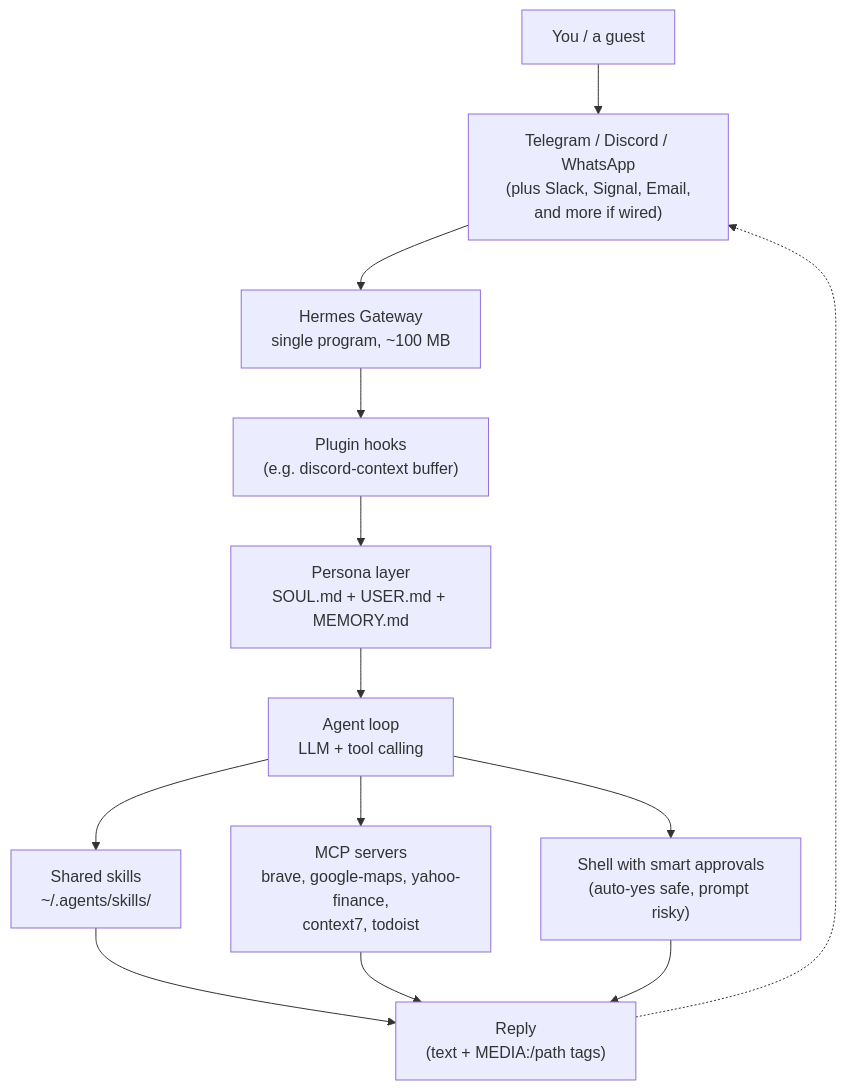
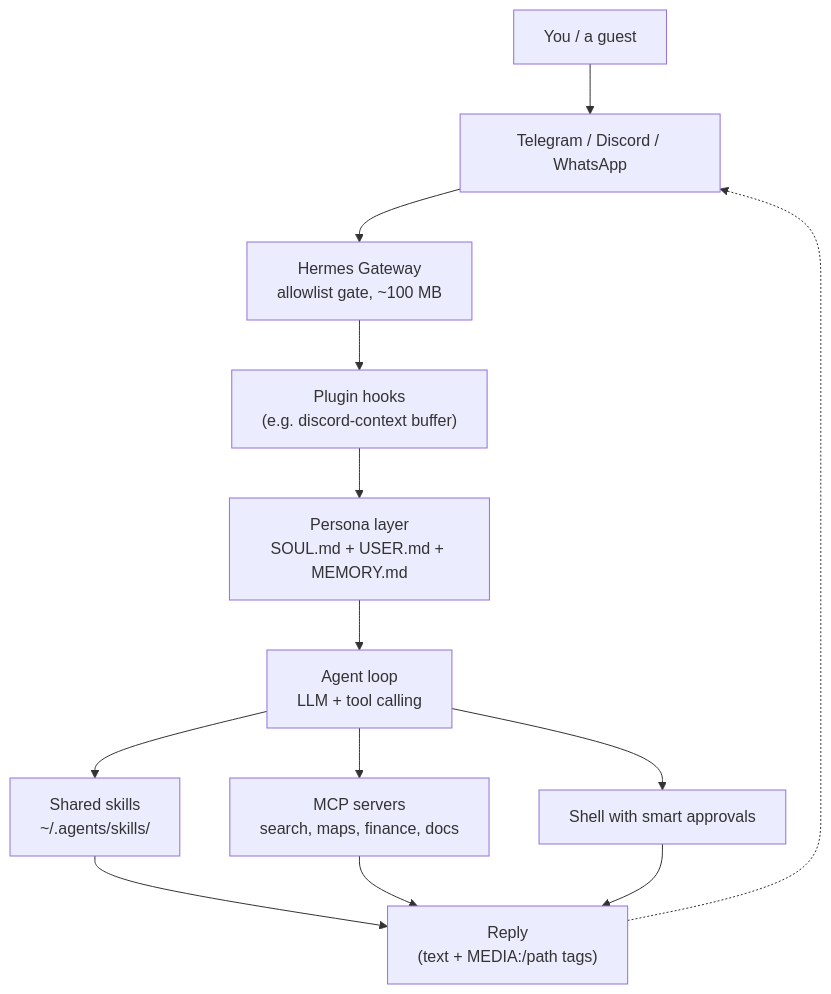
Before and after one commit to absolutepraya/blog: the first of 5 diagrams in content/posts/hermes-agent-setup.md, drawn with Mermaid. The commit also changed other lines of this file and 3 other files, not shown here.

````diff
--- a/content/posts/hermes-agent-setup.md
+++ b/content/posts/hermes-agent-setup.md
@@ -53,18 +39,18 @@
 ```mermaid
 graph TD
     User["You / a guest"]
-    User --> Platform["Telegram / Discord / WhatsApp<br>(plus Slack, Signal, Email,<br>and more if wired)"]
-    Platform --> Gateway["Hermes Gateway<br>single program, ~100 MB"]
+    User --> Platform["Telegram / Discord / WhatsApp"]
+    Platform --> Gateway["Hermes Gateway<br>allowlist gate, ~100 MB"]
     Gateway --> Hooks["Plugin hooks<br>(e.g. discord-context buffer)"]
     Hooks --> Persona["Persona layer<br>SOUL.md + USER.md + MEMORY.md"]
     Persona --> Agent["Agent loop<br>LLM + tool calling"]
 
     Agent --> Skills["Shared skills<br>~/.agents/skills/"]
-    Agent --> MCP["MCP servers<br>brave, google-maps, yahoo-finance,<br>context7, todoist"]
-    Agent --> Shell["Shell with smart approvals<br>(auto-yes safe, prompt risky)"]
+    Agent --> MCP["MCP servers<br>search, maps, finance, docs"]
+    Agent --> Shell["Shell with smart approvals"]
 
     Skills --> Reply["Reply<br>(text + MEDIA:/path tags)"]
     MCP --> Reply
     Shell --> Reply
     Reply -.-> Platform
 ```
````
